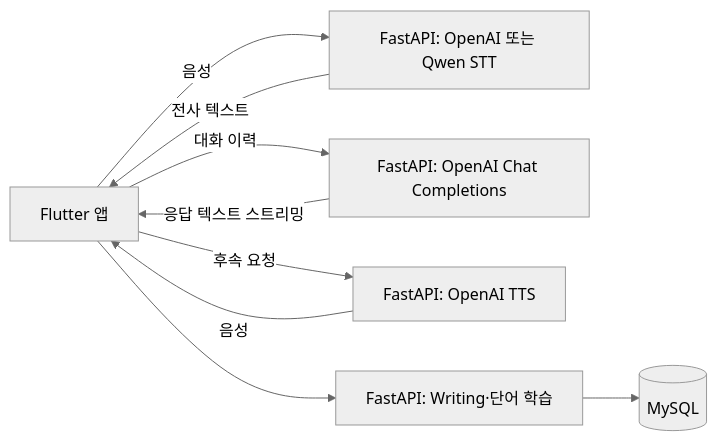
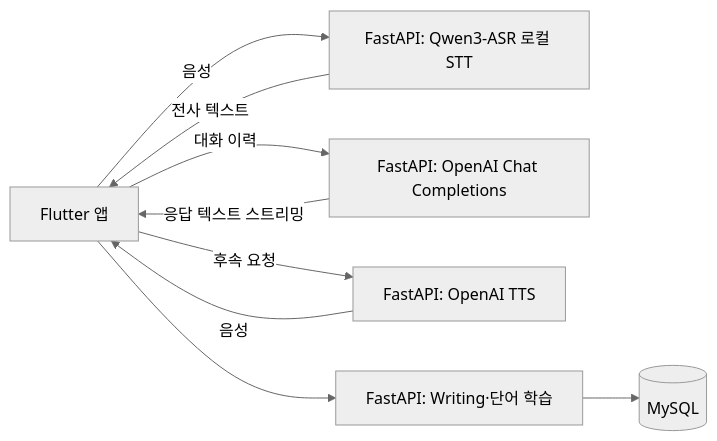
The diagram in README.md (Jordi2801K/Sprout_English), drawn with Mermaid (neutral theme) before and after one commit. The commit also changed other lines of this file and 2 other files, not shown here.

First line of the commit message:
Document Qwen local STT as the only speech recognition path

````diff
--- a/README.md
+++ b/README.md
@@ -41,11 +41,11 @@
 ```mermaid
 flowchart LR
-    App[Flutter 앱] -->|음성| STT[FastAPI: OpenAI 또는 Qwen STT]
+    App[Flutter 앱] -->|음성| STT[FastAPI: Qwen3-ASR 로컬 STT]
     STT -->|전사 텍스트| App
     App -->|대화 이력| Chat[FastAPI: OpenAI Chat Completions]
     Chat -->|응답 텍스트 스트리밍| App
     App -->|후속 요청| TTS[FastAPI: OpenAI TTS]
     TTS -->|음성| App
     App --> Writing[FastAPI: Writing·단어 학습]
     Writing --> DB[(MySQL)]
 ```
````
